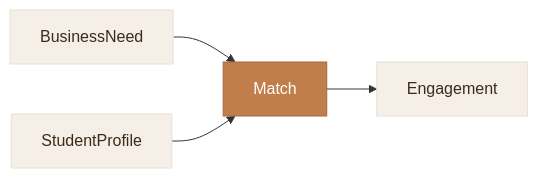
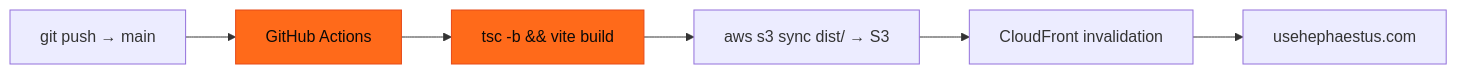
One commit to SaiKasani/Hephaestus-Public changed the second of 2 diagrams in ARCHITECTURE.md. Above: the diagram before and after it, drawn with Mermaid. The commit also changed other lines of this file and 9 other files, not shown here.

````diff
--- a/ARCHITECTURE.md
+++ b/ARCHITECTURE.md
@@ -127,11 +84,10 @@
 ```mermaid
 flowchart LR
-    BN["BusinessNeed"]:::soft
-    SP["StudentProfile"]:::soft
-    BN --> M["Match"]:::accent
-    SP --> M
-    M --> EN["Engagement"]:::soft
-
-    classDef accent fill:#C17D4A,stroke:#A5683C,color:#fff;
-    classDef soft fill:#F5EFE8,stroke:#E8E0D8,color:#3D2B1A;
+    DEV["git push → main"] --> GHA["GitHub Actions"]
+    GHA --> BUILD["tsc -b && vite build"]
+    BUILD --> S3["aws s3 sync dist/ → S3"]
+    S3 --> CF["CloudFront invalidation"]
+    CF --> USERS["usehephaestus.com"]
+    classDef accent fill:#ff6a1a,stroke:#e64a19,color:#0c0a09;
+    class GHA,BUILD accent;
 ```
````
